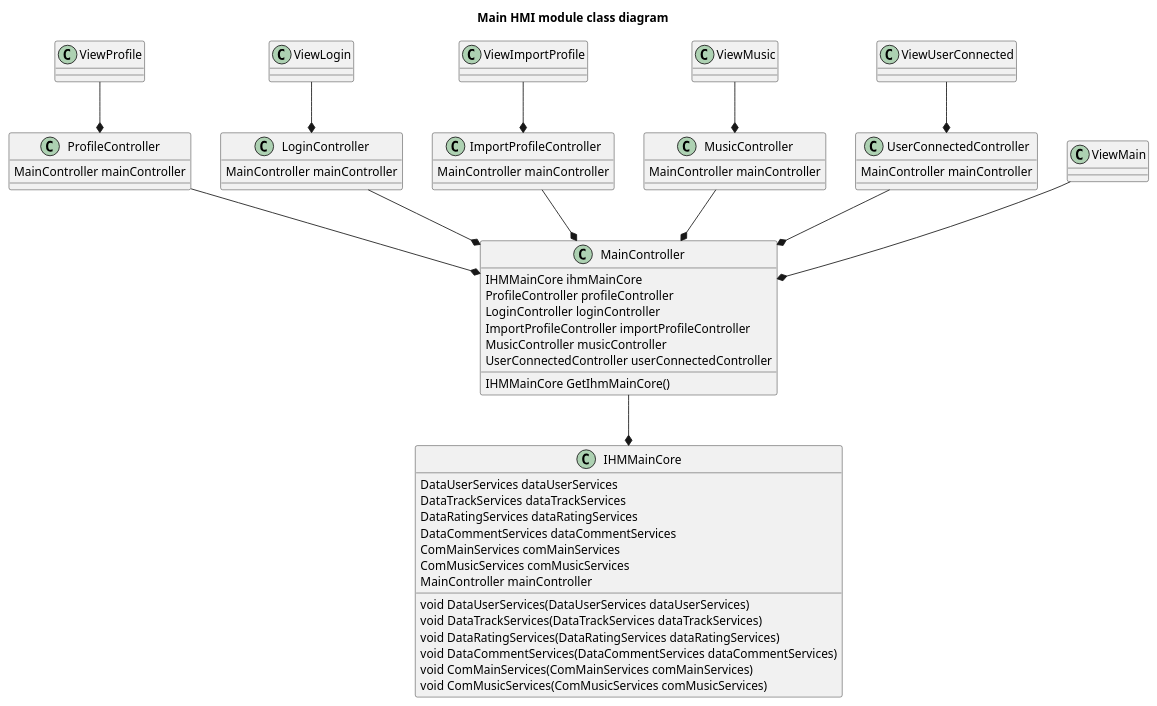
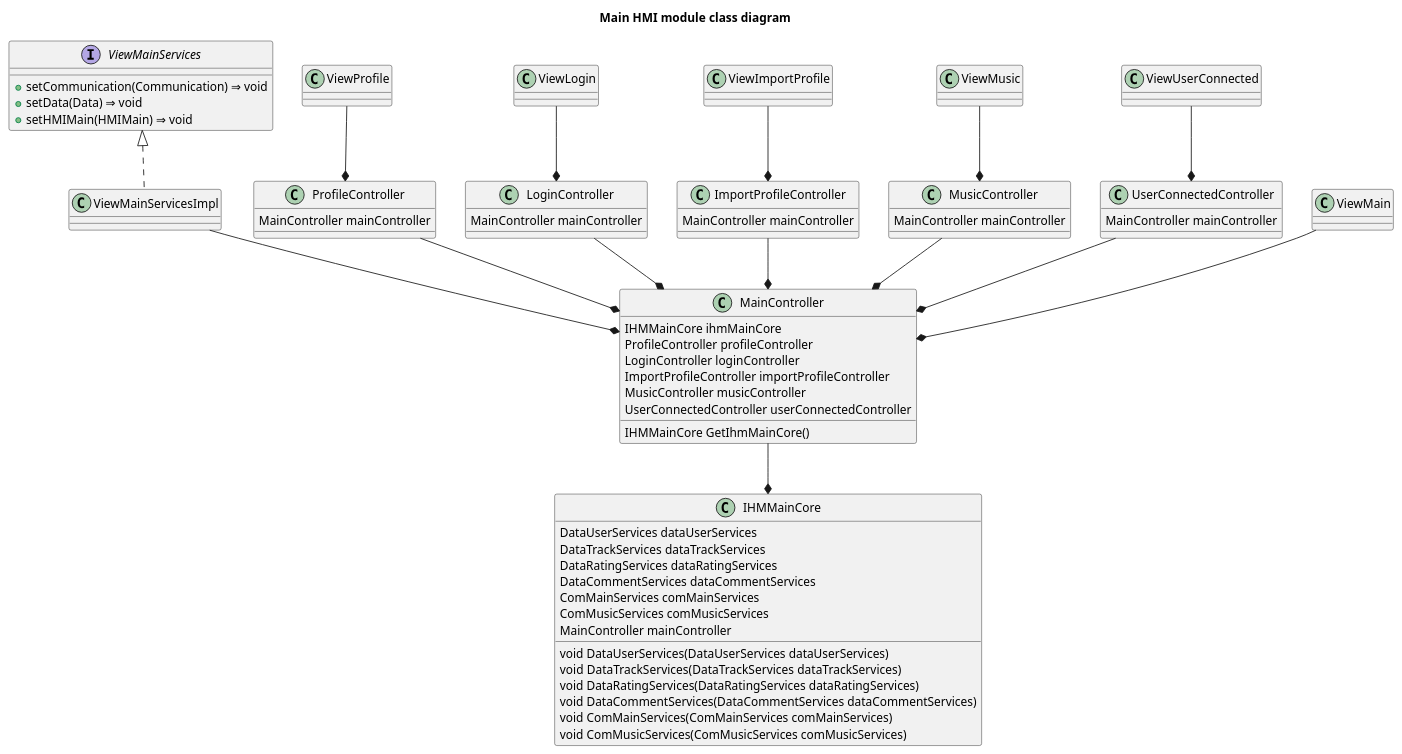
One commit to UTCAI12/Diagrams changed the diagram in class/hmi_main.puml. Above: the diagram before and after it, drawn with PlantUML.

Commit message:
change hmi main interface

```diff
--- a/class/hmi_main.puml
+++ b/class/hmi_main.puml
@@ -1,78 +1,87 @@
 @startuml Main HMI module class diagram
 title Main HMI module class diagram
+    interface ViewMainServices  {
+    + setCommunication(Communication) ⇒ void
+    + setData(Data) ⇒ void
+    + setHMIMain(HMIMain) ⇒ void
+    }
+
+    class ViewMainServicesImpl implements ViewMainServices {
+    }
 
     class IHMMainCore {
         DataUserServices dataUserServices
         DataTrackServices dataTrackServices
         DataRatingServices dataRatingServices
         DataCommentServices dataCommentServices
         ComMainServices comMainServices
         ComMusicServices comMusicServices
         MainController mainController
 
         void DataUserServices(DataUserServices dataUserServices)
         void DataTrackServices(DataTrackServices dataTrackServices)
         void DataRatingServices(DataRatingServices dataRatingServices)
         void DataCommentServices(DataCommentServices dataCommentServices)
         void ComMainServices(ComMainServices comMainServices)
         void ComMusicServices(ComMusicServices comMusicServices)
     }
 
 
     class ProfileController {
         MainController mainController
     }
 
     class LoginController {
         MainController mainController
     }
 
     class ImportProfileController {
         MainController mainController
     }
 
     class MusicController {
         MainController mainController
     }
 
     class UserConnectedController {
         MainController mainController
     }
 
 
     class ViewProfile
     class ViewLogin
     class ViewImportProfile
     class ViewMusic
     class ViewUserConnected
     class ViewMain
 
 
     class MainController {
         IHMMainCore ihmMainCore
         ProfileController profileController
         LoginController loginController
         ImportProfileController importProfileController
         MusicController musicController
         UserConnectedController userConnectedController
 
         IHMMainCore GetIhmMainCore()
     }
 
     ViewProfile --* ProfileController
     ViewLogin --* LoginController
     ViewImportProfile --* ImportProfileController
     ViewMusic --* MusicController
     ViewUserConnected --* UserConnectedController
     ViewMain --* MainController
 
 
     MainController --* IHMMainCore
 
     ProfileController --* MainController
     LoginController --* MainController
     ImportProfileController --* MainController
     MusicController --* MainController
     UserConnectedController --* MainController
+    ViewMainServicesImpl --* MainController
 
 @enduml
```
